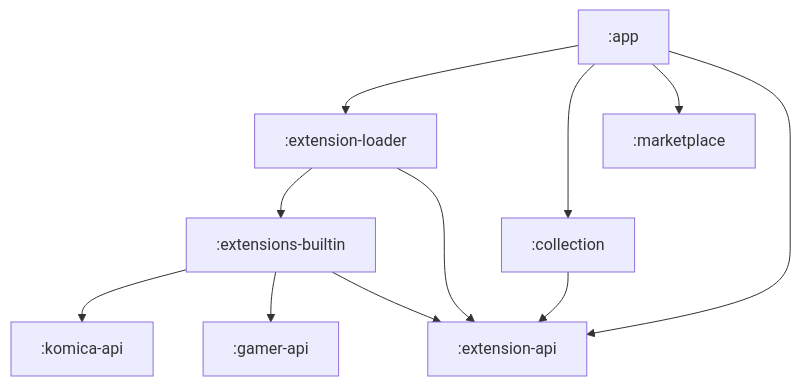
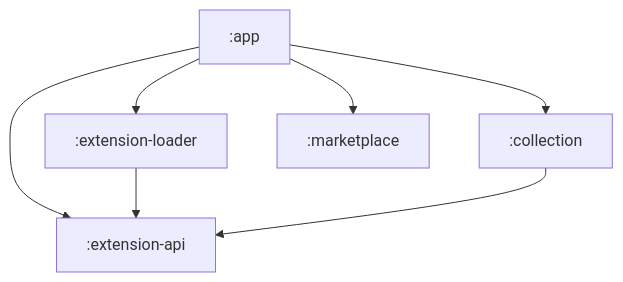
Before and after one commit to komicaviewer/NewsHub: the diagram in README.md, drawn with Mermaid. The commit also changed other lines of this file and 78 other files, not shown here.

First line of the commit message:
refactor: migrate komica-api & extensions-builtin to extensions-source as APK extensions

````diff
--- a/README.md
+++ b/README.md
@@ -67,22 +67,15 @@
 ```mermaid
 graph TD
-    komica-api[":komica-api"]
-    gamer-api[":gamer-api"]
     extension-api[":extension-api"]
-    extensions-builtin[":extensions-builtin"]
     extension-loader[":extension-loader"]
     collection[":collection"]
     marketplace[":marketplace"]
     app[":app"]
 
     app --> extension-loader
     app --> collection
     app --> marketplace
     app --> extension-api
-    extension-loader --> extensions-builtin
     extension-loader --> extension-api
-    extensions-builtin --> komica-api
-    extensions-builtin --> gamer-api
-    extensions-builtin --> extension-api
     collection --> extension-api
 ```
````
